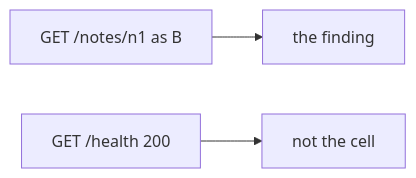
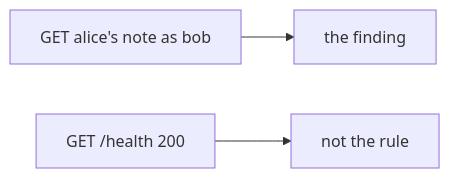
Before and after one commit to ishitvagoel/LearnSecurity: the second of 2 diagrams in content/modules/9/9.5/lessons/02-model.md, drawn with Mermaid. The commit also changed other lines of this file and 39 other files, not shown here.

````diff
--- a/content/modules/9/9.5/lessons/02-model.md
+++ b/content/modules/9/9.5/lessons/02-model.md
@@ -25,5 +28,5 @@
 ```mermaid
 flowchart LR
-  Orig["GET /notes/n1 as B"] --> Cell[the finding]
-  Other["GET /health 200"] --> Not[not the cell]
+  Orig["GET alice's note as bob"] --> Cell[the finding]
+  Other["GET /health 200"] --> Not[not the rule]
 ```
````
